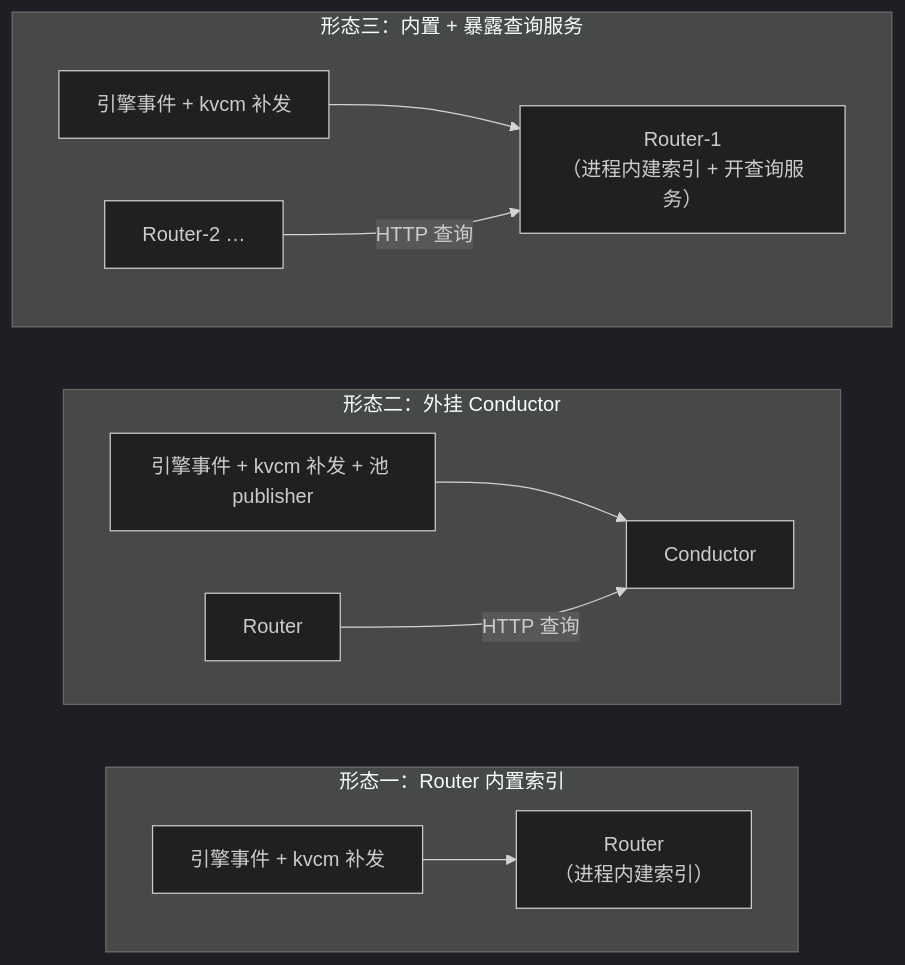
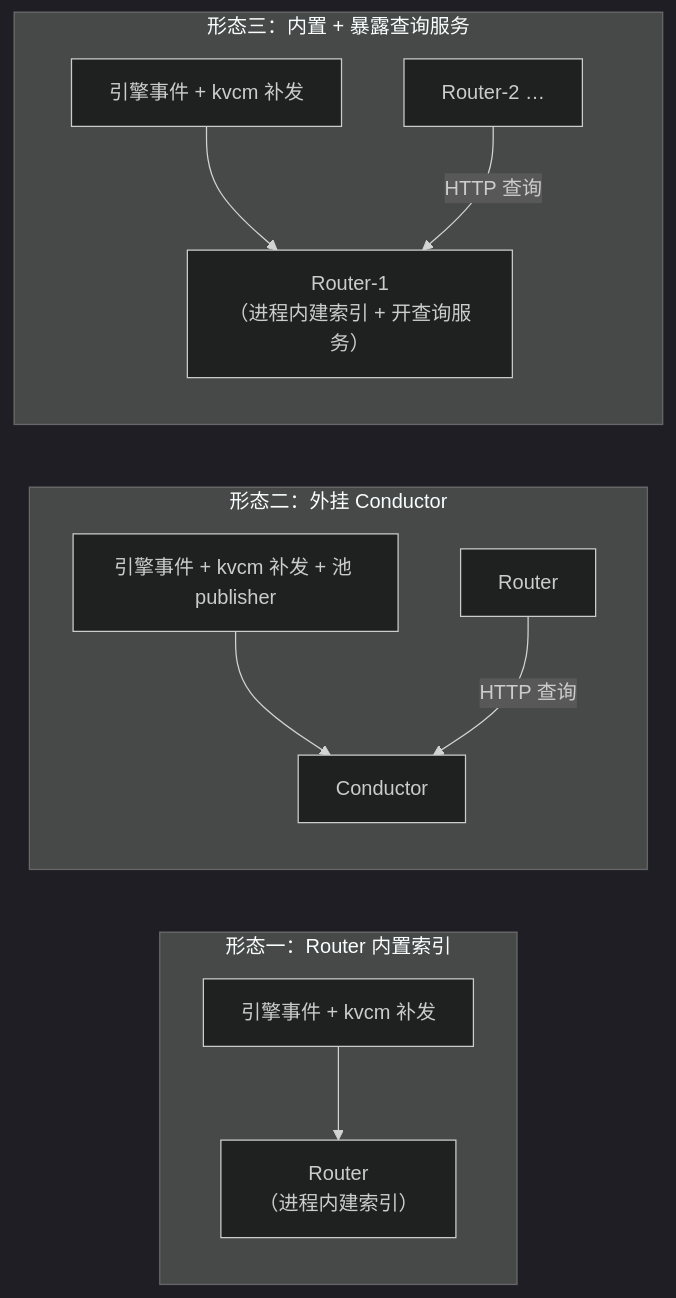
Before and after one commit to 5x8-40/lake: the diagram in kvcm/figures/kvcm-index-forms.mmd, drawn with Mermaid (dark theme). The commit also changed 3 other files, not shown here.

Commit message:
docs(kvcm): 撤除 conductor-ctrl 未合并 PR 内容；三形态图恢复内部竖排、三列横排

```diff
--- a/kvcm/figures/kvcm-index-forms.mmd
+++ b/kvcm/figures/kvcm-index-forms.mmd
@@ -1,15 +1,15 @@
 flowchart LR
     subgraph F1["形态一：Router 内置索引"]
-        direction LR
+        direction TB
         SRC1["引擎事件 + kvcm 补发"] --> R1["Router<br/>（进程内建索引）"]
     end
     subgraph F2["形态二：外挂 Conductor"]
-        direction LR
+        direction TB
         SRC2["引擎事件 + kvcm 补发 + 池 publisher"] --> C2["Conductor"]
         R2["Router"] -->|"HTTP 查询"| C2
     end
     subgraph F3["形态三：内置 + 暴露查询服务"]
-        direction LR
+        direction TB
         SRC3["引擎事件 + kvcm 补发"] --> R3["Router-1<br/>（进程内建索引 + 开查询服务）"]
         R4["Router-2 …"] -->|"HTTP 查询"| R3
     end
```
